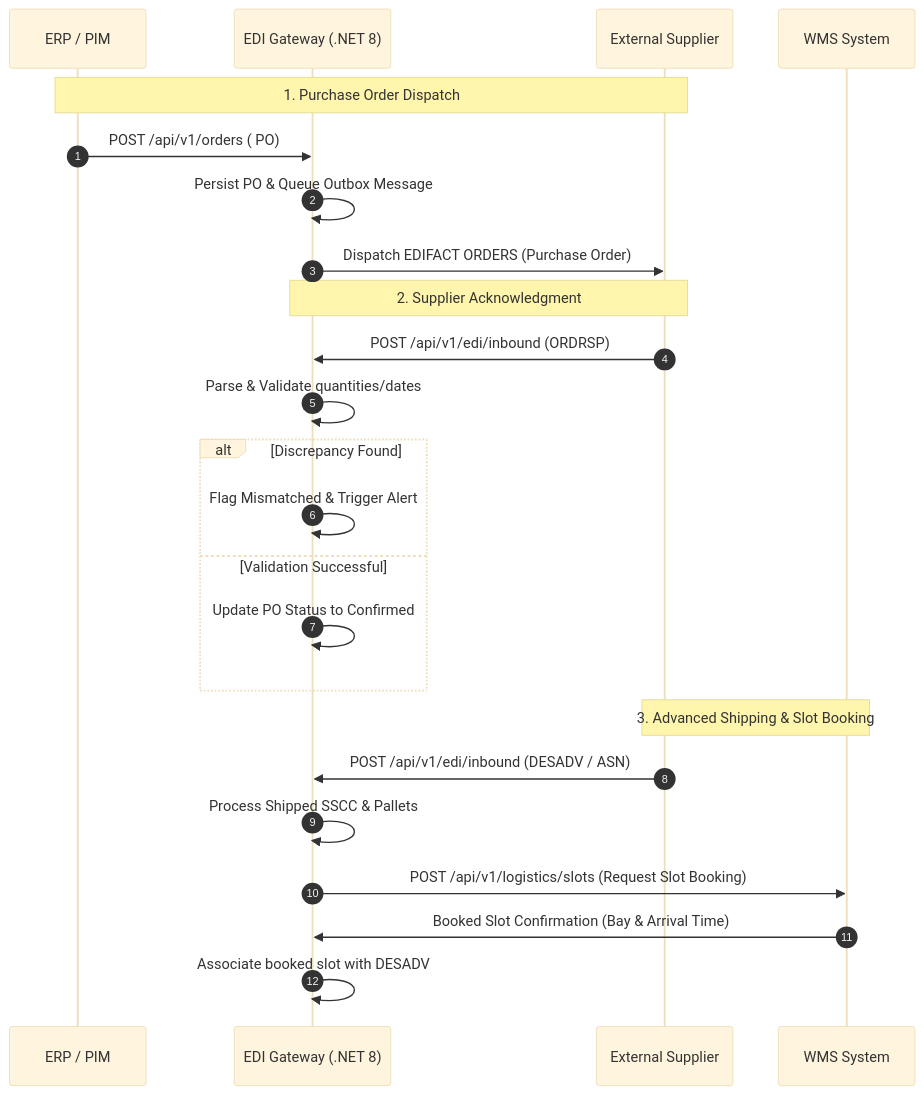
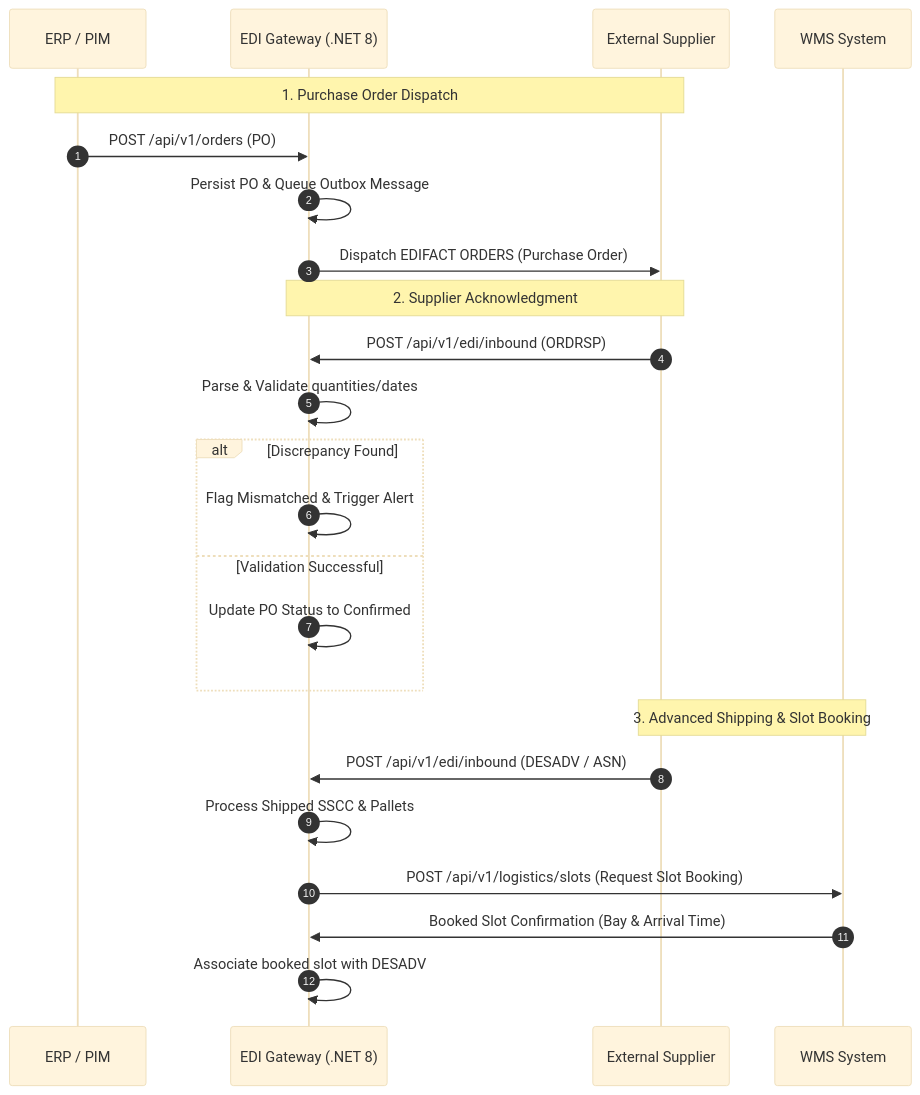
The second of 3 diagrams in README.md (dawidbera/retail-edi-gateway), drawn with Mermaid (base theme) before and after one commit. The commit also changed other lines of this file and 9 other files, not shown here.

````diff
--- a/README.md
+++ b/README.md
@@ -122,29 +122,29 @@
 ```mermaid
 sequenceDiagram
  autonumber
  participant ERP as ERP / PIM
  participant GW as EDI Gateway (.NET 8)
  participant SUP as External Supplier
  participant WMS as WMS System
 
  Note over ERP, SUP: 1. Purchase Order Dispatch
- ERP->>GW: POST /api/v1/orders ( PO)
+ ERP->>GW: POST /api/v1/orders (PO)
  GW->>GW: Persist PO & Queue Outbox Message
  GW->>SUP: Dispatch EDIFACT ORDERS (Purchase Order)
 
  Note over GW, SUP: 2. Supplier Acknowledgment
  SUP->>GW: POST /api/v1/edi/inbound (ORDRSP)
  GW->>GW: Parse & Validate quantities/dates
  alt Discrepancy Found
  GW->>GW: Flag Mismatched & Trigger Alert
  else Validation Successful
  GW->>GW: Update PO Status to Confirmed
  end
 
  Note over SUP, WMS: 3. Advanced Shipping & Slot Booking
  SUP->>GW: POST /api/v1/edi/inbound (DESADV / ASN)
  GW->>GW: Process Shipped SSCC & Pallets
  GW->>WMS: POST /api/v1/logistics/slots (Request Slot Booking)
  WMS->>GW: Booked Slot Confirmation (Bay & Arrival Time)
  GW->>GW: Associate booked slot with DESADV
 ```
````
